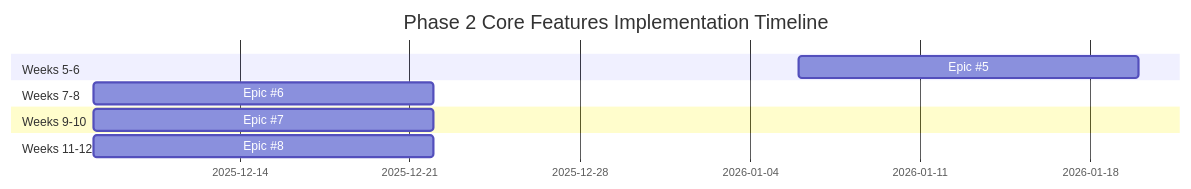
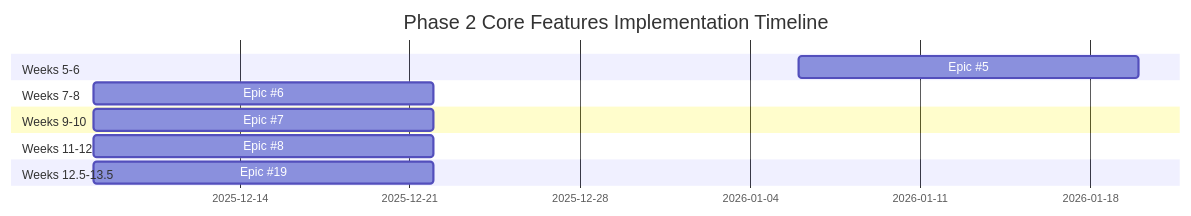
The fourth of 10 diagrams in EPICS.md (o2alexanderfedin/cpp-to-c-transpiler), drawn with Mermaid before and after one commit. The commit also changed other lines of this file and 4 other files, not shown here.

First line of the commit message:
docs: update EPICS.md, ARCHITECTURE.md, and TO-DOS.md after Epic #19 completion

````diff
--- a/EPICS.md
+++ b/EPICS.md
@@ -436,17 +537,20 @@
 ```mermaid
 gantt
     title Phase 2 Core Features Implementation Timeline
     dateFormat YYYY-MM-DD
 
     section Weeks 5-6
     Epic #5: RAII               :e5, 2026-01-06, 14d
 
     section Weeks 7-8
     Epic #6: Inheritance        :e6, after e5, 14d
 
     section Weeks 9-10
     Epic #7: Constructors       :e7, after e6, 14d
 
     section Weeks 11-12
     Epic #8: Templates          :e8, after e7, 14d
+
+    section Weeks 12.5-13.5
+    Epic #19: Headers           :e19, after e8, 14d
 ```
````
